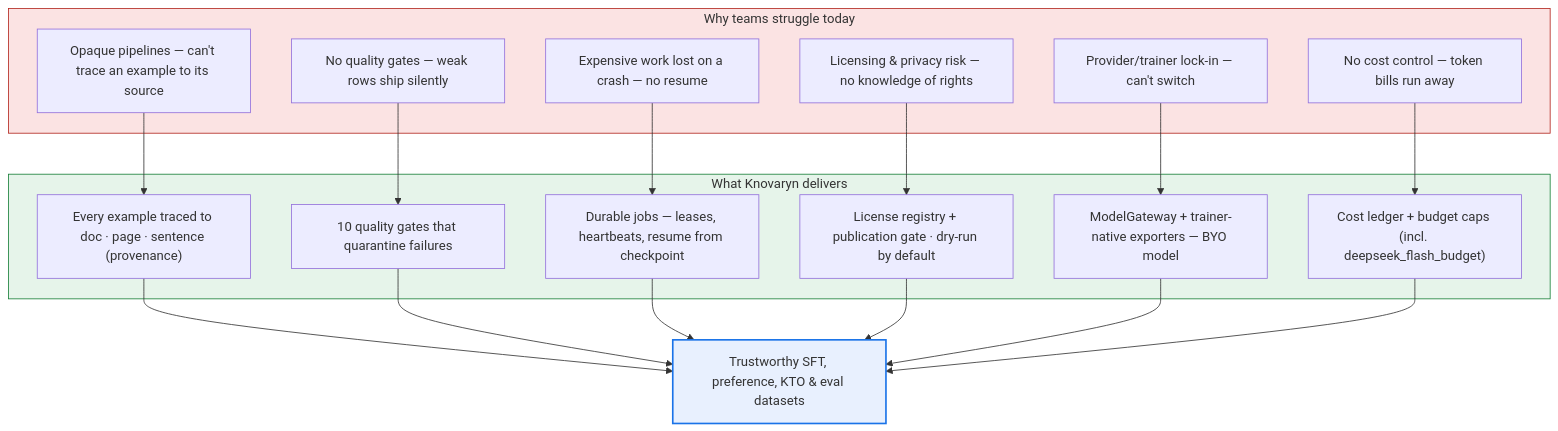
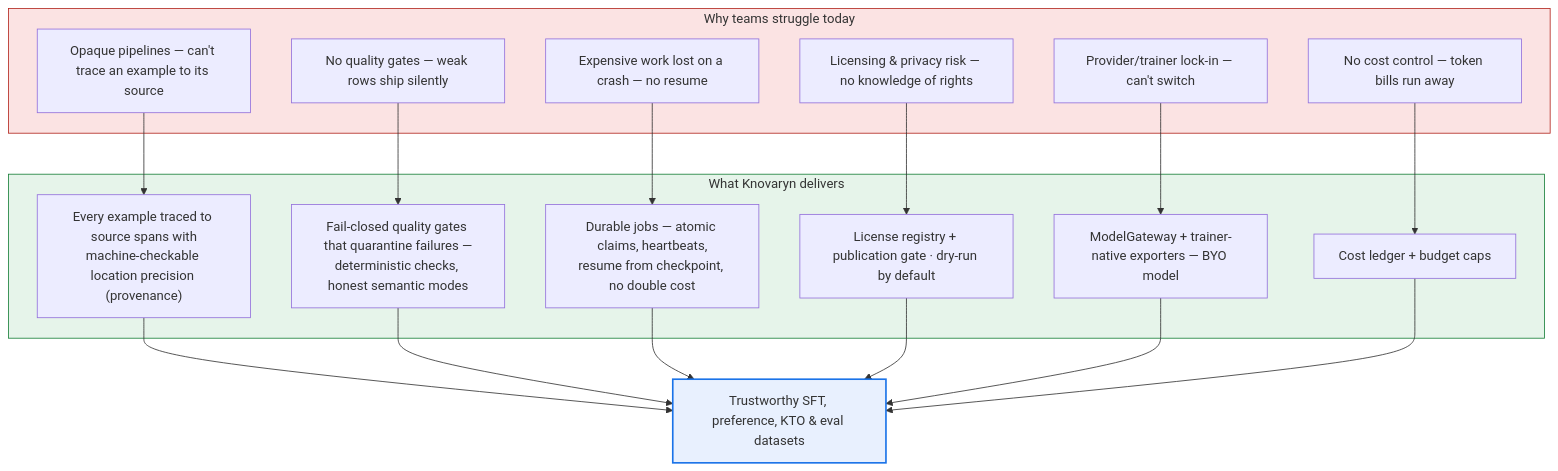
Before and after one commit to waalwalker1/knovaryn: the diagram in docs/assets/diagrams/value-proposition.mmd, drawn with Mermaid. The commit also changed 132 other files, not shown here.

```diff
--- a/docs/assets/diagrams/value-proposition.mmd
+++ b/docs/assets/diagrams/value-proposition.mmd
@@ -1,37 +1,39 @@
 %% Knovaryn — Why it's useful (problem → value)
+%% Count-free and precision-honest per contract 6.2: no gate totals, no
+%% "page · sentence" claims the parser may not be able to back.
 flowchart TD
     subgraph PAIN["Why teams struggle today"]
         P1["Opaque pipelines — can't trace an example to its source"]
         P2["No quality gates — weak rows ship silently"]
         P3["Expensive work lost on a crash — no resume"]
         P4["Licensing & privacy risk — no knowledge of rights"]
         P5["Provider/trainer lock-in — can't switch"]
         P6["No cost control — token bills run away"]
     end
 
     subgraph VALUE["What Knovaryn delivers"]
-        V1["Every example traced to doc · page · sentence (provenance)"]
-        V2["10 quality gates that quarantine failures"]
-        V3["Durable jobs — leases, heartbeats, resume from checkpoint"]
+        V1["Every example traced to source spans with<br/>machine-checkable location precision (provenance)"]
+        V2["Fail-closed quality gates that quarantine failures —<br/>deterministic checks, honest semantic modes"]
+        V3["Durable jobs — atomic claims, heartbeats,<br/>resume from checkpoint, no double cost"]
         V4["License registry + publication gate · dry-run by default"]
         V5["ModelGateway + trainer-native exporters — BYO model"]
-        V6["Cost ledger + budget caps (incl. deepseek_flash_budget)"]
+        V6["Cost ledger + budget caps"]
     end
 
     P1 --> V1
     P2 --> V2
     P3 --> V3
     P4 --> V4
     P5 --> V5
     P6 --> V6
 
     V1 --> OUT["Trustworthy SFT, preference, KTO & eval datasets"]
     V2 --> OUT
     V3 --> OUT
     V4 --> OUT
     V5 --> OUT
     V6 --> OUT
 
     style PAIN fill:#fbe3e3,stroke:#b3261e
     style VALUE fill:#e6f4ea,stroke:#188038
     style OUT fill:#e8f0fe,stroke:#1a73e8,stroke-width:2px
```
